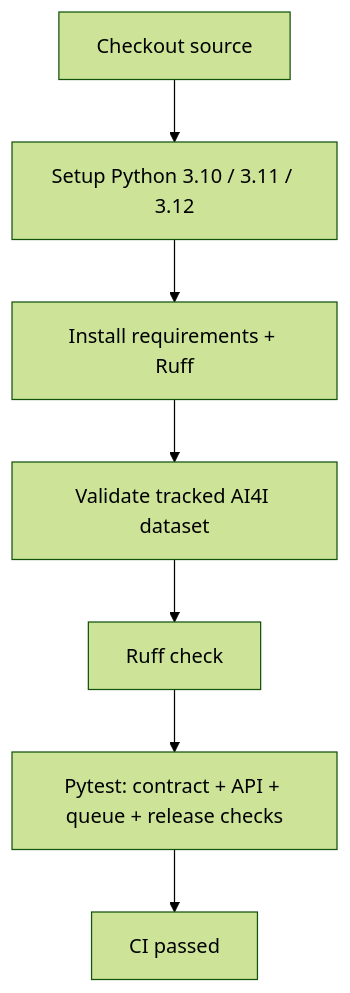
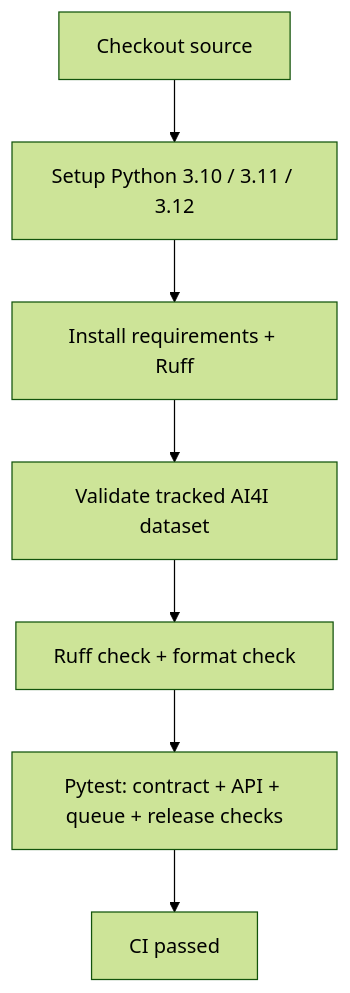
Before and after one commit to haminhthong/Ai4i-Predictive-Maintenance: the second of 3 diagrams in README.md, drawn with Mermaid (forest theme). The commit also changed other lines of this file and 17 other files, not shown here.

````diff
--- a/README.md
+++ b/README.md
@@ -336,9 +338,9 @@
 ```mermaid
 flowchart TD
     CHECKOUT["Checkout source"] --> SETUP["Setup Python 3.10 / 3.11 / 3.12"]
     SETUP --> INSTALL["Install requirements + Ruff"]
     INSTALL --> DATA["Validate tracked AI4I dataset"]
-    DATA --> LINT["Ruff check"]
+    DATA --> LINT["Ruff check + format check"]
     LINT --> TEST["Pytest: contract + API + queue + release checks"]
     TEST --> PASS["CI passed"]
 ```
````
